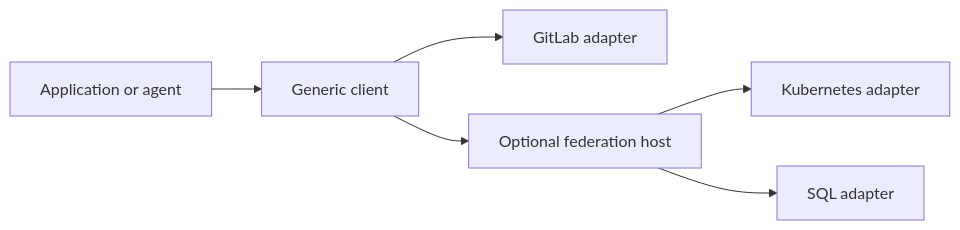
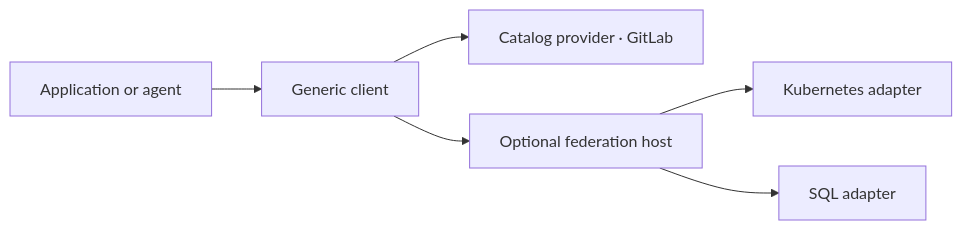
Before and after one commit to beyond10x/connectors: the diagram in README.md, drawn with Mermaid. The commit also changed other lines of this file and 164 other files, not shown here.

````diff
--- a/README.md
+++ b/README.md
@@ -12,8 +12,8 @@
 ```mermaid
 flowchart LR
     app[Application or agent] --> client[Generic client]
-    client --> gitlab[GitLab adapter]
+    client --> catalog[Catalog provider · GitLab]
     client --> host[Optional federation host]
     host --> kube[Kubernetes adapter]
     host --> sql[SQL adapter]
 ```
````
